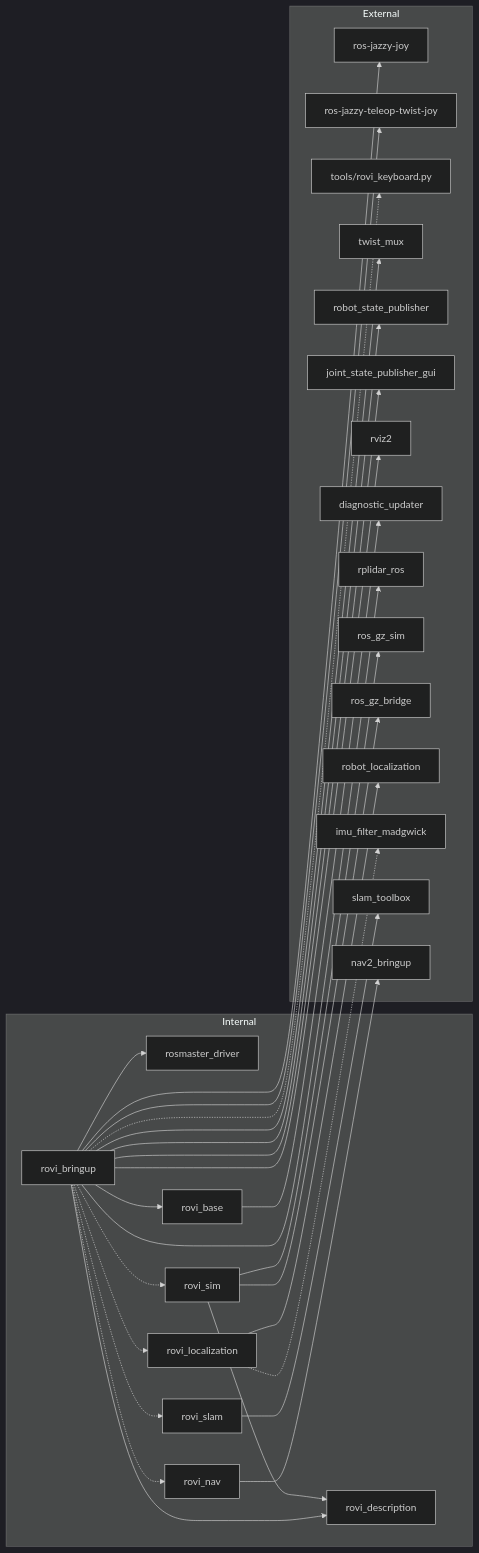
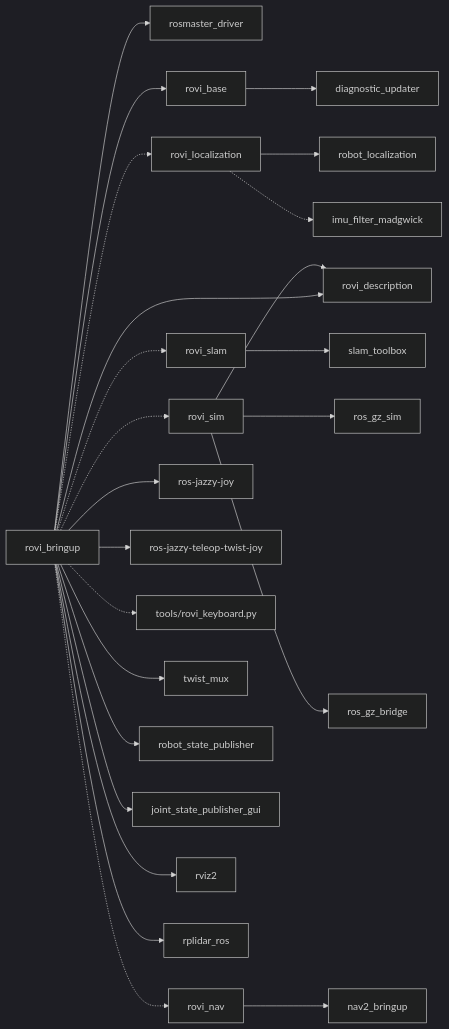
One commit to Roblibs/rovi_ros_ws changed diagram 12 of 12 in README.md. Above: the diagram before and after it, drawn with Mermaid (dark theme). The commit also changed other lines of this file and 1 other file, not shown here.

Commit message:
finetune readme and diagrams

````diff
--- a/README.md
+++ b/README.md
@@ -583,58 +387,58 @@
 ```mermaid
 flowchart LR
-  subgraph Internal
     RoviBringup[rovi_bringup]
     RoviDesc[rovi_description]
     Rosmaster[rosmaster_driver]
     RoviBase[rovi_base]
     RoviLoc[rovi_localization]
     RoviSlam[rovi_slam]
     RoviNav[rovi_nav]
     RoviSim[rovi_sim]
-  end
 
-  subgraph External
-    Joy[ros-jazzy-joy]
-    Teleop[ros-jazzy-teleop-twist-joy]
-    TeleopKey[tools/rovi_keyboard.py]
-    TwistMux[twist_mux]
-    RSP[robot_state_publisher]
-    JSPG[joint_state_publisher_gui]
-    RVIZ[rviz2]
-    Diag[diagnostic_updater]
-    RPLidar[rplidar_ros]
-    RosGzSim[ros_gz_sim]
-    RosGzBridge[ros_gz_bridge]
-    EKF[robot_localization]
-    ImuFilter[imu_filter_madgwick]
-    SlamToolbox[slam_toolbox]
-    Nav2[nav2_bringup]
-  end
+  
+  Joy[ros-jazzy-joy]
+  Teleop[ros-jazzy-teleop-twist-joy]
+  TeleopKey[tools/rovi_keyboard.py]
+  TwistMux[twist_mux]
+  RSP[robot_state_publisher]
+  JSPG[joint_state_publisher_gui]
+  RVIZ[rviz2]
+  Diag[diagnostic_updater]
+  RPLidar[rplidar_ros]
+  RosGzSim[ros_gz_sim]
+  RosGzBridge[ros_gz_bridge]
+  
+  EKF[robot_localization]
+  ImuFilter[imu_filter_madgwick]
+  SlamToolbox[slam_toolbox]
+
+  Nav2[nav2_bringup]
 
   RoviBringup --> RoviDesc
   RoviBringup --> Rosmaster
   RoviBringup --> RoviBase
   RoviBringup -.-> RoviLoc
   RoviBringup -.-> RoviSlam
-  RoviBringup -.-> RoviNav
   RoviBringup --> Joy
   RoviBringup --> Teleop
   RoviBringup -.-> TeleopKey
   RoviBringup --> TwistMux
   RoviBringup --> RSP
   RoviBringup --> JSPG
   RoviBringup --> RVIZ
   RoviBringup --> RPLidar
   RoviBringup -.-> RoviSim
+  RoviBringup -.-> RoviNav
+
+  RoviSim --> RosGzSim
+  RoviSim --> RosGzBridge
+  RoviSim --> RoviDesc
 
   RoviBase --> Diag
 
   RoviLoc --> EKF
   RoviLoc -.-> ImuFilter
   RoviSlam --> SlamToolbox
   RoviNav --> Nav2
 
-  RoviSim --> RosGzSim
-  RoviSim --> RosGzBridge
-  RoviSim --> RoviDesc
 ```
````
